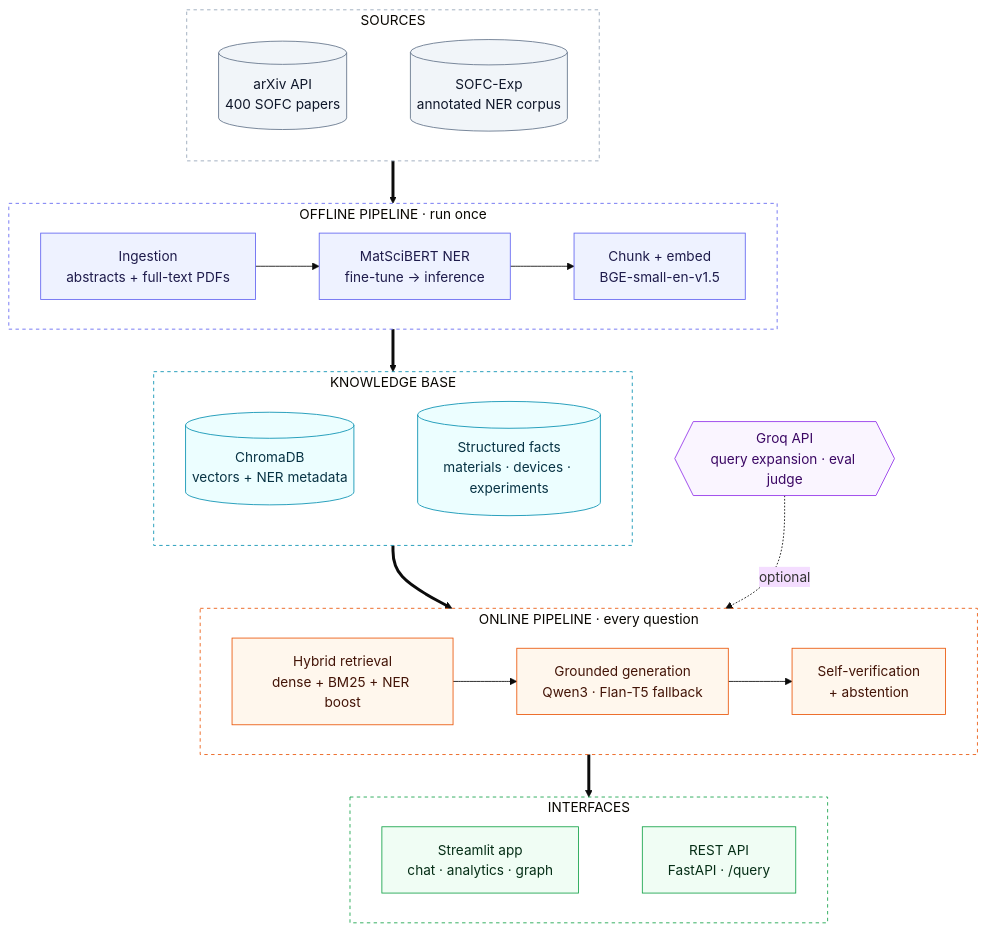
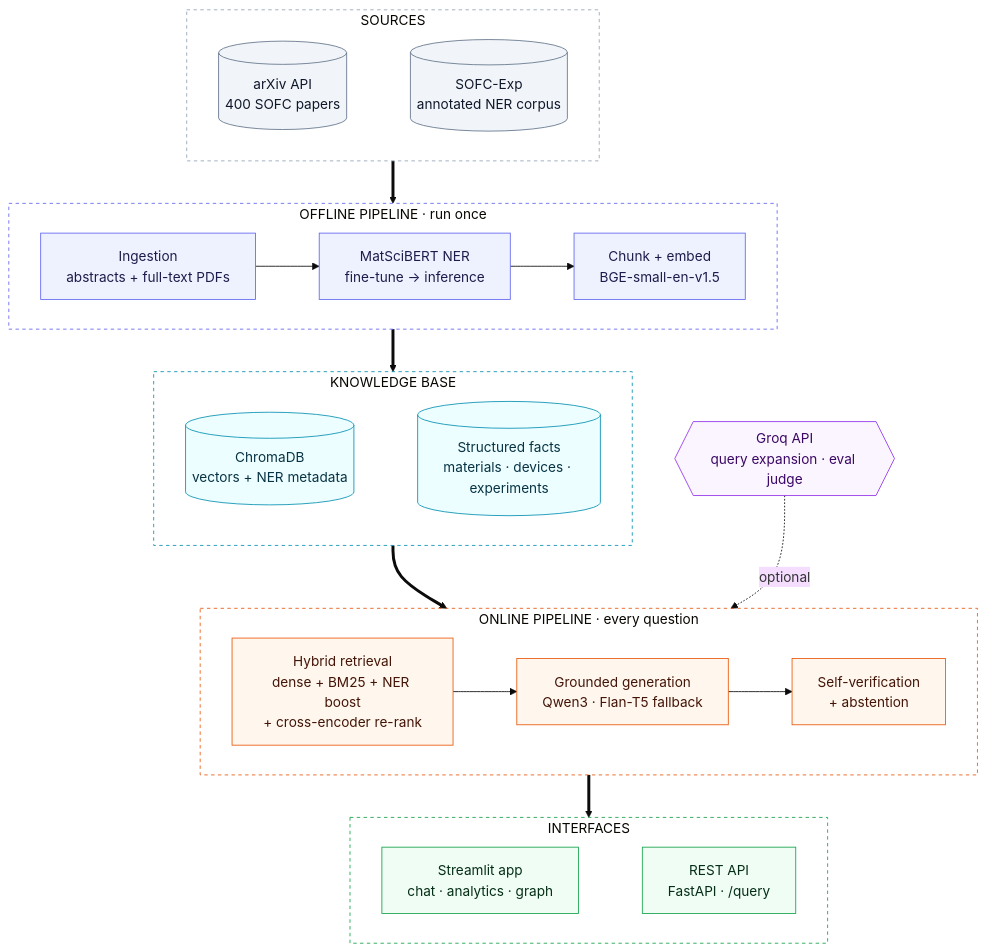
The first of 6 diagrams in README.md (Mahakisore7/MatSci-RAG), drawn with Mermaid (base theme) before and after one commit. The commit also changed other lines of this file and 15 other files, not shown here.

First line of the commit message:
feat(rag): cross-encoder re-ranking after hybrid retrieval (ADR-019)

````diff
--- a/README.md
+++ b/README.md
@@ -87,56 +87,56 @@
 ```mermaid
 flowchart TB
     subgraph SRC["SOURCES"]
         direction LR
         ARX[("arXiv API<br/>400 SOFC papers")]
         EXP[("SOFC-Exp<br/>annotated NER corpus")]
         ARX ~~~ EXP
     end
 
     subgraph OFF["OFFLINE PIPELINE · run once"]
         direction LR
         ING["Ingestion<br/>abstracts + full-text PDFs"] --> NER["MatSciBERT NER<br/>fine-tune → inference"] --> IDX["Chunk + embed<br/>BGE-small-en-v1.5"]
     end
 
     subgraph KB["KNOWLEDGE BASE"]
         direction LR
         CH[("ChromaDB<br/>vectors + NER metadata")]
         FX[("Structured facts<br/>materials · devices · experiments")]
         CH ~~~ FX
     end
 
     subgraph ON["ONLINE PIPELINE · every question"]
         direction LR
-        RET["Hybrid retrieval<br/>dense + BM25 + NER boost"] --> GEN["Grounded generation<br/>Qwen3 · Flan-T5 fallback"] --> VER["Self-verification<br/>+ abstention"]
+        RET["Hybrid retrieval<br/>dense + BM25 + NER boost<br/>+ cross-encoder re-rank"] --> GEN["Grounded generation<br/>Qwen3 · Flan-T5 fallback"] --> VER["Self-verification<br/>+ abstention"]
     end
 
     subgraph IF["INTERFACES"]
         direction LR
         UI["Streamlit app<br/>chat · analytics · graph"]
         API["REST API<br/>FastAPI · /query"]
         UI ~~~ API
     end
 
     GROQ{{"Groq API<br/>query expansion · eval judge"}}
 
     SRC ==> OFF ==> KB ==> ON ==> IF
     GROQ -. optional .-> ON
 
     classDef src fill:#f1f5f9,stroke:#64748b,color:#0f172a
     classDef off fill:#eef2ff,stroke:#6366f1,color:#1e1b4b
     classDef kb fill:#ecfeff,stroke:#0891b2,color:#083344
     classDef on fill:#fff7ed,stroke:#ea580c,color:#431407
     classDef ifc fill:#f0fdf4,stroke:#16a34a,color:#052e16
     classDef ext fill:#faf5ff,stroke:#9333ea,color:#3b0764
     class ARX,EXP src
     class NER,ING,IDX off
     class CH,FX kb
     class RET,GEN,VER on
     class UI,API ifc
     class GROQ ext
     style SRC fill:transparent,stroke:#94a3b8,stroke-dasharray:4 4
     style OFF fill:transparent,stroke:#6366f1,stroke-dasharray:4 4
     style KB fill:transparent,stroke:#0891b2,stroke-dasharray:4 4
     style ON fill:transparent,stroke:#ea580c,stroke-dasharray:4 4
     style IF fill:transparent,stroke:#16a34a,stroke-dasharray:4 4
 ```
````
